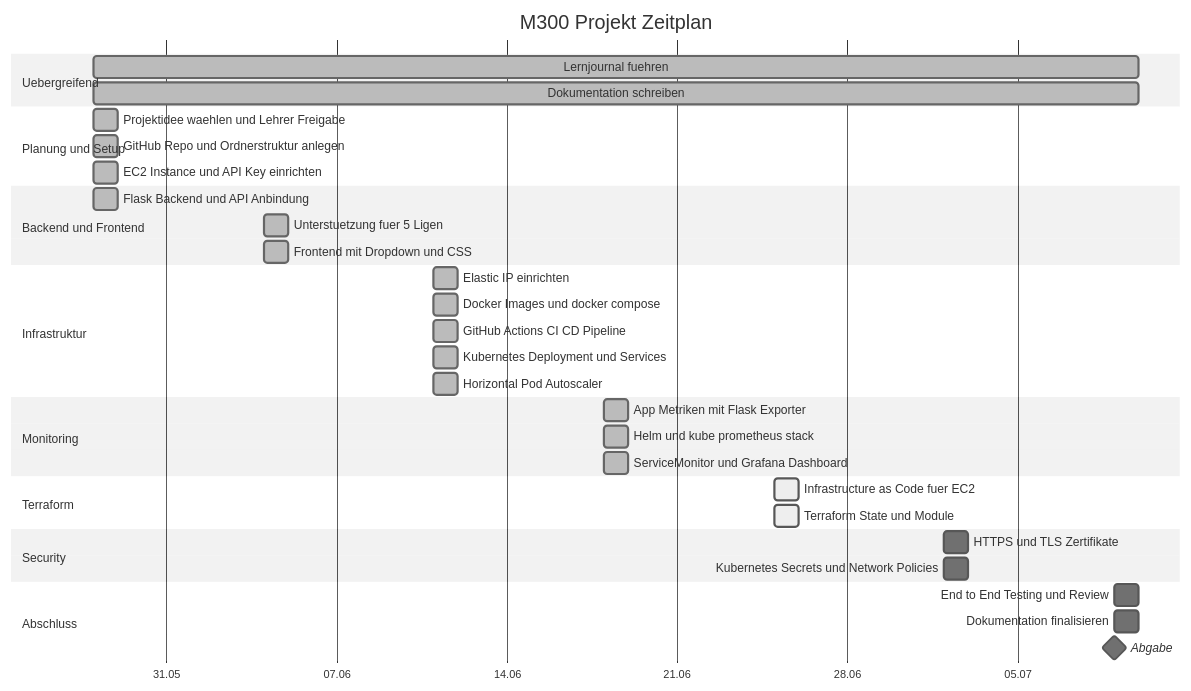
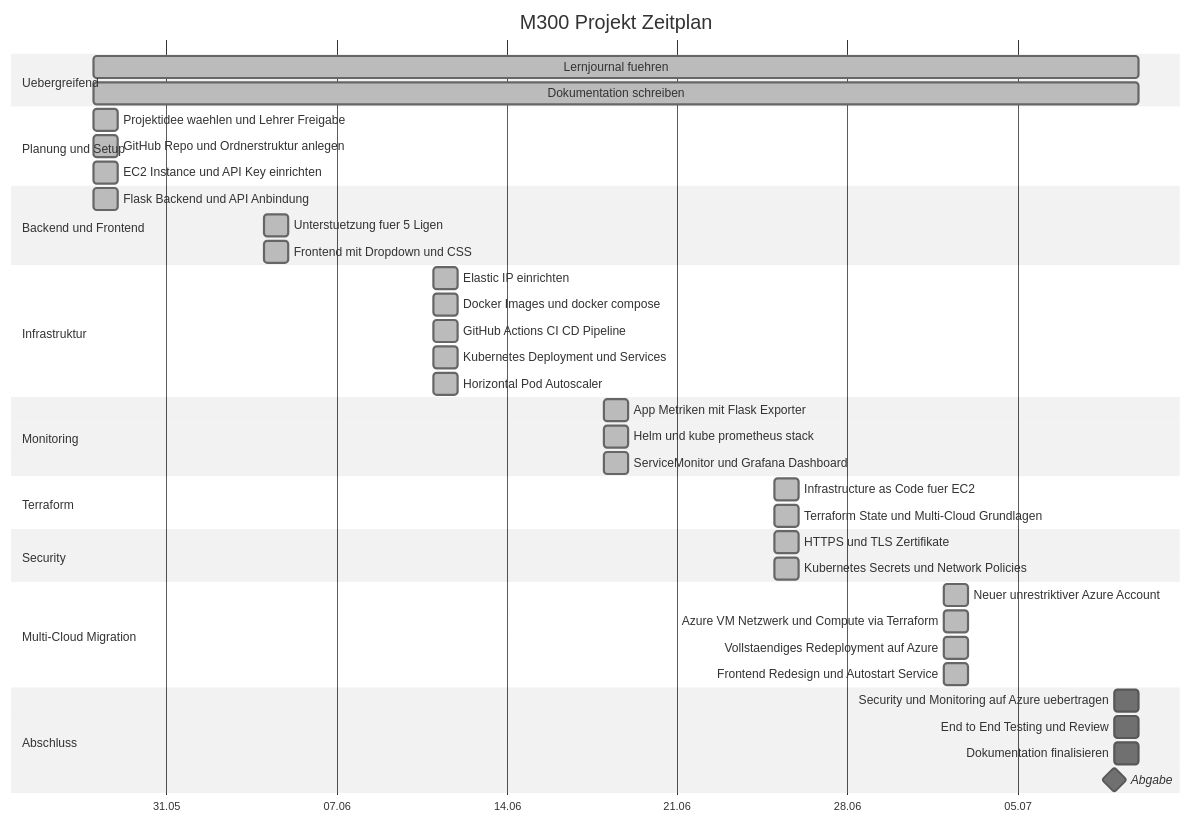
The diagram in dokumentationen/zeitplan.md (Dominik2056787/M300), drawn with Mermaid (neutral theme) before and after one commit. The commit also changed other lines of this file, not shown here.

````diff
--- a/dokumentationen/zeitplan.md
+++ b/dokumentationen/zeitplan.md
@@ -3,37 +3,43 @@
 ```mermaid
 gantt
     title M300 Projekt Zeitplan
     dateFormat YYYY-MM-DD
     axisFormat %d.%m
     section Uebergreifend
     Lernjournal fuehren :done, jour1, 2026-05-28, 43d
     Dokumentation schreiben :done, dok1, 2026-05-28, 43d
     section Planung und Setup
     Projektidee waehlen und Lehrer Freigabe :done, plan1, 2026-05-28, 1d
     GitHub Repo und Ordnerstruktur anlegen :done, plan2, 2026-05-28, 1d
     EC2 Instance und API Key einrichten :done, plan3, 2026-05-28, 1d
     section Backend und Frontend
     Flask Backend und API Anbindung :done, app1, 2026-05-28, 1d
     Unterstuetzung fuer 5 Ligen :done, app2, 2026-06-04, 1d
     Frontend mit Dropdown und CSS :done, app3, 2026-06-04, 1d
     section Infrastruktur
     Elastic IP einrichten :done, infra1, 2026-06-11, 1d
     Docker Images und docker compose :done, infra2, 2026-06-11, 1d
     GitHub Actions CI CD Pipeline :done, infra3, 2026-06-11, 1d
     Kubernetes Deployment und Services :done, infra4, 2026-06-11, 1d
     Horizontal Pod Autoscaler :done, infra5, 2026-06-11, 1d
     section Monitoring
     App Metriken mit Flask Exporter :done, mon1, 2026-06-18, 1d
     Helm und kube prometheus stack :done, mon2, 2026-06-18, 1d
     ServiceMonitor und Grafana Dashboard :done, mon3, 2026-06-18, 1d
     section Terraform
-    Infrastructure as Code fuer EC2 :active, tf1, 2026-06-25, 1d
-    Terraform State und Module :active, tf2, 2026-06-25, 1d
+    Infrastructure as Code fuer EC2 :done, tf1, 2026-06-25, 1d
+    Terraform State und Multi-Cloud Grundlagen :done, tf2, 2026-06-25, 1d
     section Security
-    HTTPS und TLS Zertifikate :sec1, 2026-07-02, 1d
-    Kubernetes Secrets und Network Policies :sec2, 2026-07-02, 1d
+    HTTPS und TLS Zertifikate :done, sec1, 2026-06-25, 1d
+    Kubernetes Secrets und Network Policies :done, sec2, 2026-06-25, 1d
+    section Multi-Cloud Migration
+    Neuer unrestriktiver Azure Account :done, mc1, 2026-07-02, 1d
+    Azure VM Netzwerk und Compute via Terraform :done, mc2, 2026-07-02, 1d
+    Vollstaendiges Redeployment auf Azure :done, mc3, 2026-07-02, 1d
+    Frontend Redesign und Autostart Service :done, mc4, 2026-07-02, 1d
     section Abschluss
+    Security und Monitoring auf Azure uebertragen :test0, 2026-07-09, 1d
     End to End Testing und Review :test1, 2026-07-09, 1d
     Dokumentation finalisieren :test2, 2026-07-09, 1d
     Abgabe :milestone, abgabe1, 2026-07-09, 0d
 ```
````
